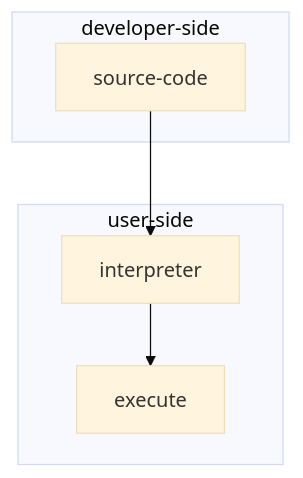
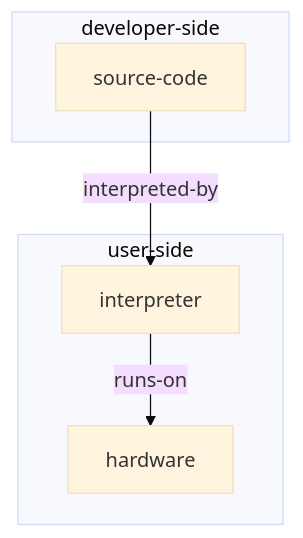
One commit to Trent-Fellbootman/dev000 changed the second of 4 diagrams in docs/programming-languages/overview.md. Above: the diagram before and after it, drawn with Mermaid (base theme). The commit also changed other lines of this file, not shown here.

````diff
--- a/docs/programming-languages/overview.md
+++ b/docs/programming-languages/overview.md
@@ -180,12 +180,12 @@
 ```mermaid
 
 graph TD
 
     subgraph developer-side
         source-code
     end
 
     subgraph user-side
-        source-code --> interpreter --> execute
+        source-code -->|interpreted-by| interpreter -->|runs-on| hardware
     end
 ```
````
